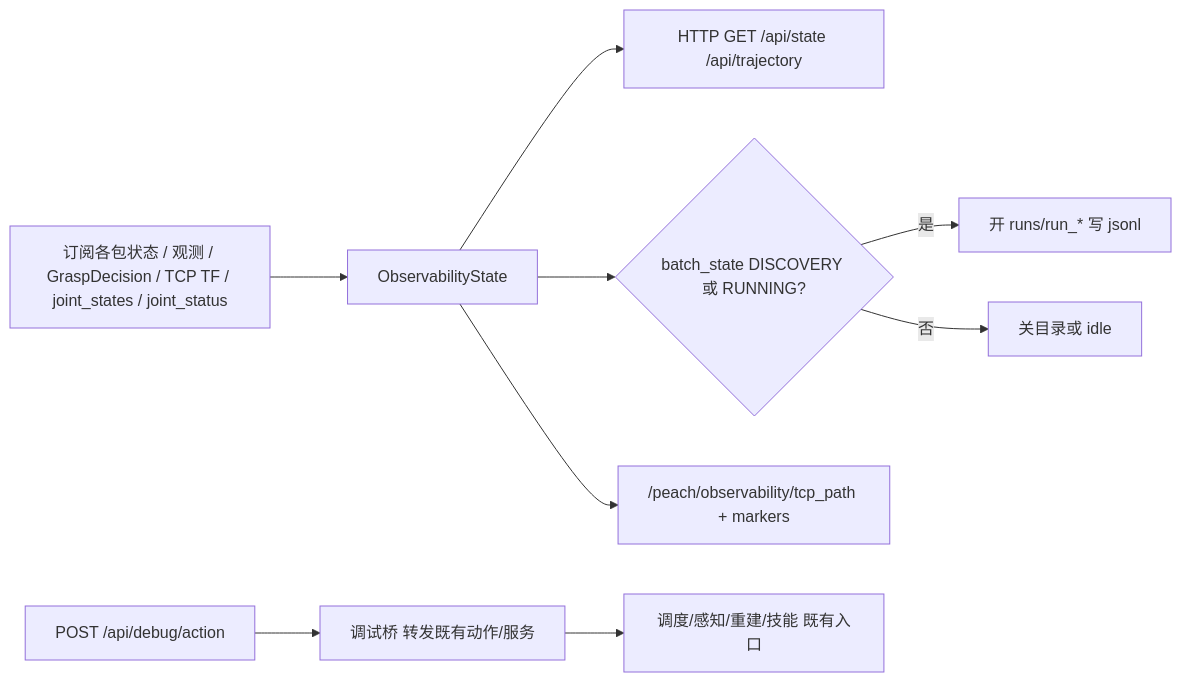
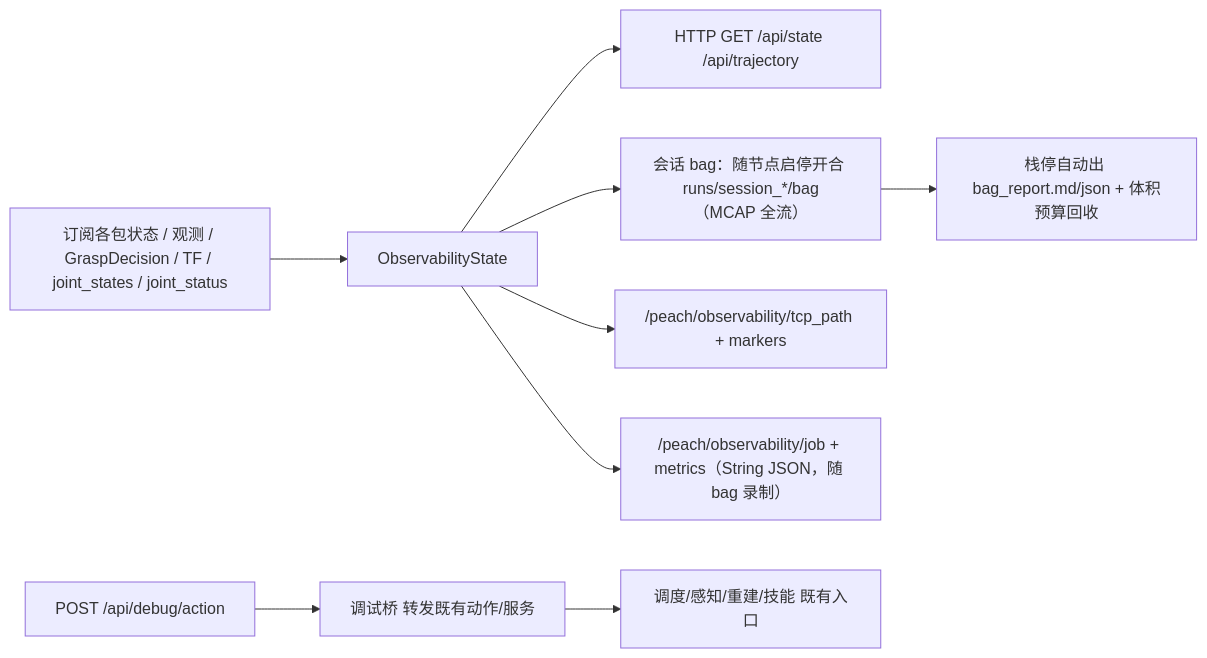
Before and after one commit to MUHAN11-c/aubo_boot: the ninth of 12 diagrams in docs/io.md, drawn with Mermaid. The commit also changed other lines of this file and 4 other files, not shown here.

First line of the commit message:
docs: 活文档 SNAPSHOT 口径落地 + 迁全 apt 同步（architecture/io/testing/REFACTORING/imu_follow）

````diff
--- a/docs/io.md
+++ b/docs/io.md
@@ -492,11 +492,11 @@
 ```mermaid
 flowchart LR
-  sub["订阅各包状态 / 观测 / GraspDecision / TCP TF / joint_states / joint_status"] --> st["ObservabilityState"]
+  sub["订阅各包状态 / 观测 / GraspDecision / TF / joint_states / joint_status"] --> st["ObservabilityState"]
   st --> http["HTTP GET /api/state /api/trajectory"]
-  st --> rec{"batch_state DISCOVERY 或 RUNNING?"}
-  rec -->|是| jsonl["开 runs/run_* 写 jsonl"]
-  rec -->|否| idle["关目录或 idle"]
+  st --> rec["会话 bag：随节点启停开合 runs/session_*/bag（MCAP 全流）"]
+  rec --> rep["栈停自动出 bag_report.md/json + 体积预算回收"]
   st --> viz["/peach/observability/tcp_path + markers"]
+  st --> jobpub["/peach/observability/job + metrics（String JSON，随 bag 录制）"]
   dbg["POST /api/debug/action"] --> bridge["调试桥 转发既有动作/服务"]
   bridge --> targets["调度/感知/重建/技能 既有入口"]
 ```
````
